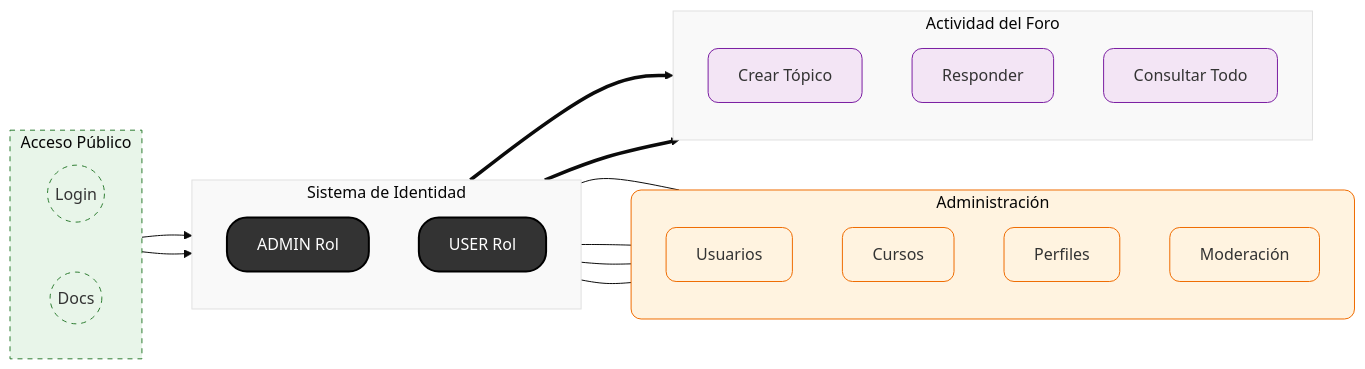
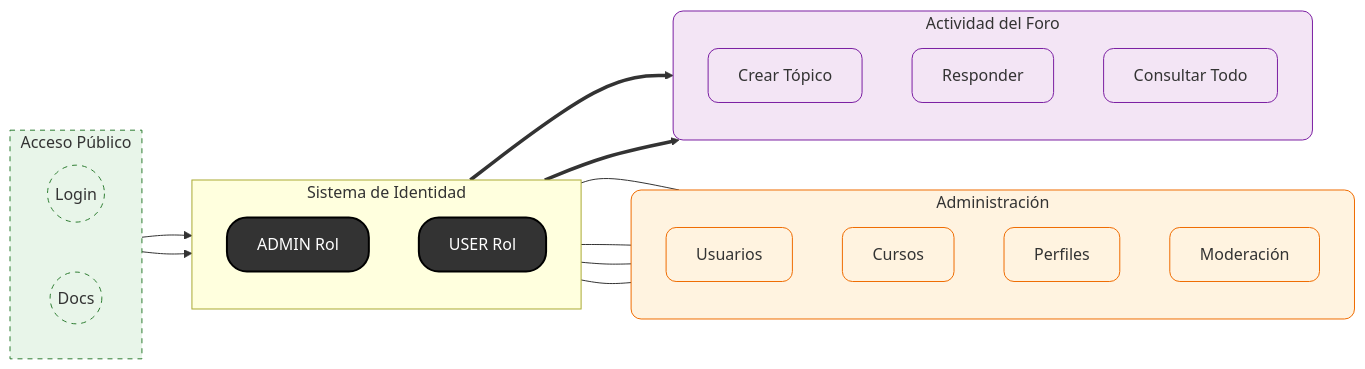
One commit to cris959/foro-hub changed the third of 10 diagrams in README.md. Above: the diagram before and after it, drawn with Mermaid. The commit also changed other lines of this file, not shown here.

````diff
--- a/README.md
+++ b/README.md
@@ -191,60 +209,56 @@
 ```mermaid
-%%{init: {'theme': 'base', 'themeVariables': { 'primaryColor': '#ffffff', 'edgeLabelBackground':'#ffffff', 'tertiaryColor': '#f9f9f9'}}}%%
 graph LR
 %% ESTILOS AVANZADOS
     classDef roles fill:#333,color:#fff,stroke:#000,stroke-width:2px,rx:20,ry:20
-    classDef public fill:#e8f5e9,stroke:#2e7d32,stroke-width:1px,stroke-dasharray: 5 5
+    classDef public fill:#e8f5e9,stroke:#2e7d32,stroke-width:1px,stroke-dasharray:5 5
     classDef adminItem fill:#fff3e0,stroke:#ef6c00,stroke-width:1px,rx:10,ry:10
     classDef userItem fill:#e3f2fd,stroke:#1565c0,stroke-width:1px,rx:10,ry:10
     classDef sharedItem fill:#f3e5f5,stroke:#7b1fa2,stroke-width:1px,rx:10,ry:10
 
-%% ACCESO PÚBLICO (Superior)
+%% ACCESO PÚBLICO
     subgraph Puerta[Acceso Público]
         direction LR
         Login((Login))
         Docs((Docs))
     end
-    class Puerta,Login,Docs public
 
 %% NÚCLEO DE ROLES
     subgraph Roles[Sistema de Identidad]
         direction TB
         ADMIN[ADMIN Rol]
         USER[USER Rol]
     end
-    class ADMIN roles
-    class USER roles
 
-%% PERMISOS EXCLUSIVOS ADMIN (Izquierda)
+%% PERMISOS EXCLUSIVOS ADMIN
     subgraph Gestion[Administración]
         direction TB
         U_Mng[Usuarios]
         C_Mng[Cursos]
         P_Mng[Perfiles]
         T_Mod[Moderación]
     end
-    class Gestion,U_Mng,C_Mng,P_Mng,T_Mod adminItem
 
-%% PERMISOS COMPARTIDOS (Derecha)
+%% PERMISOS COMPARTIDOS
     subgraph Foro[Actividad del Foro]
         direction TB
         T_Create[Crear Tópico]
         R_Create[Responder]
         Read[Consultar Todo]
     end
-    class Foro,T_Create,R_Create,Read sharedItem
 
 %% FLUJO DE CONEXIONES
     Login --> ADMIN
     Login --> USER
-
-%% Conexiones Admin
     ADMIN --- U_Mng
     ADMIN --- C_Mng
     ADMIN --- P_Mng
     ADMIN --- T_Mod
-
-%% Conexiones USER y ADMIN (Compartidas)
     ADMIN ==> Foro
     USER ==> Foro
+
+%% ASIGNACIÓN DE CLASES (IMPORTANTE: Sin espacios entre comas)
+    class Login,Docs,Puerta public
+    class ADMIN,USER roles
+    class Gestion,U_Mng,C_Mng,P_Mng,T_Mod adminItem
+    class Foro,T_Create,R_Create,Read sharedItem
 ```
````
